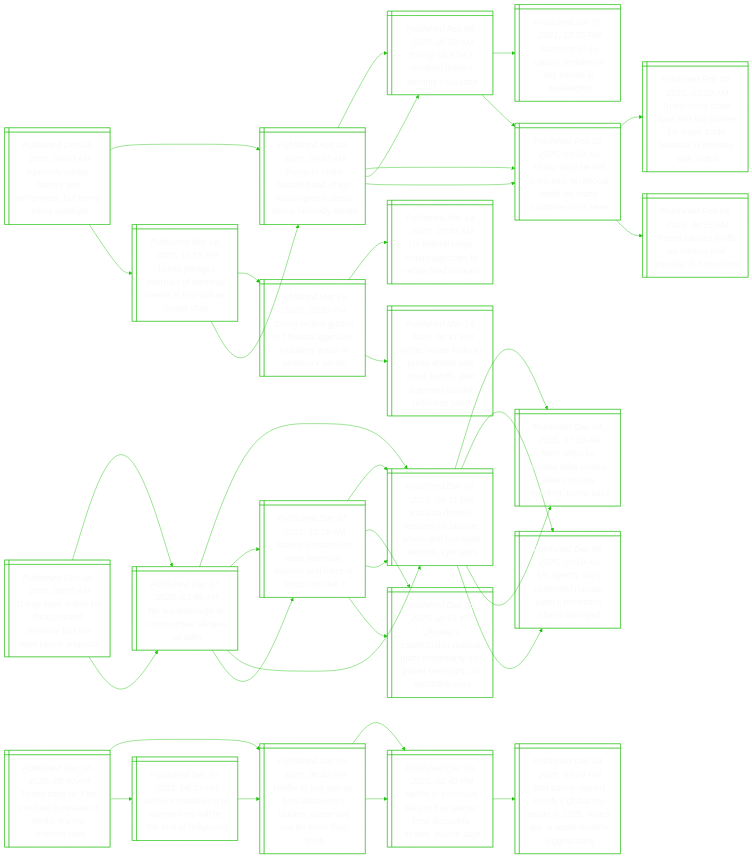
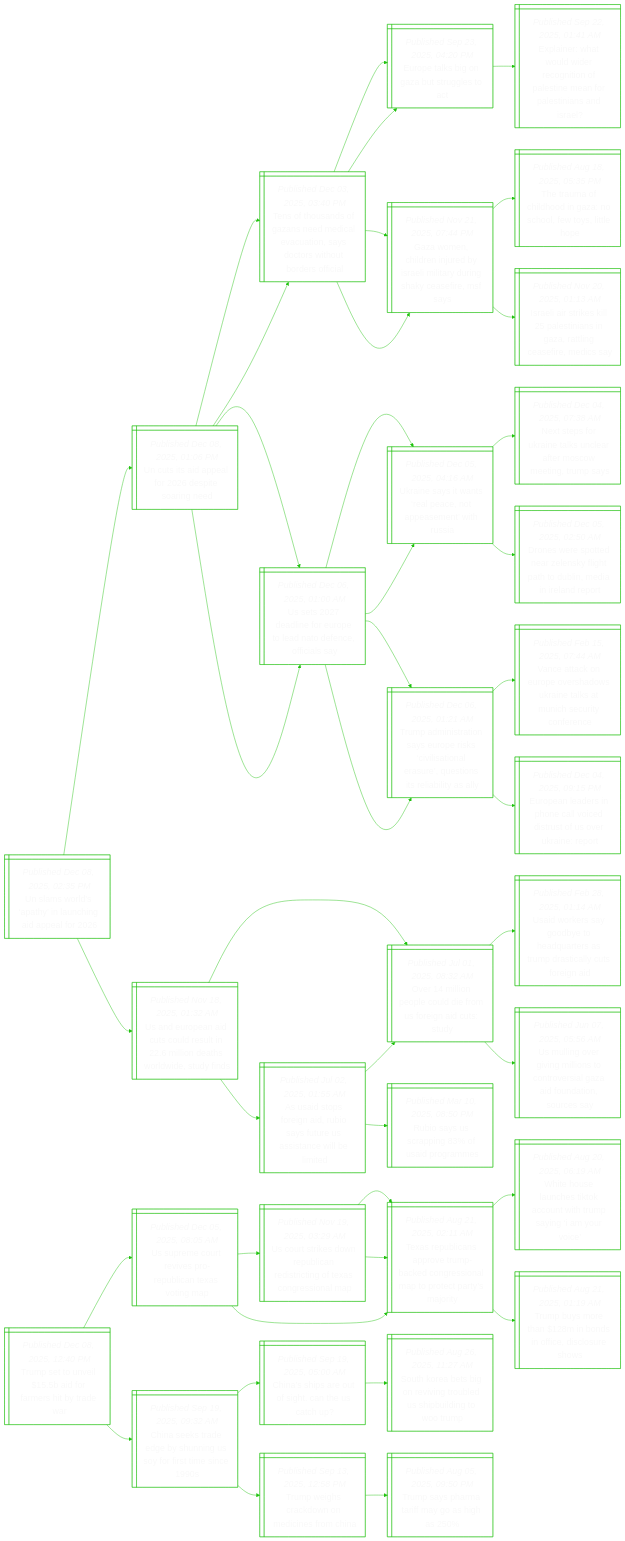
Before and after one commit to notJmes/notJmes: the diagram in README.md, drawn with Mermaid. The commit also changed other lines of this file, not shown here.

````diff
--- a/README.md
+++ b/README.md
@@ -16,118 +16,133 @@
 flowchart LR
 classDef txtsize font-size:20px;
 
-Kdtneretpsl@{ shape: win-pane, label: "_Published Dec 08, 2025, 09:00 AM_
-Kennedy center honors fete performers, but trump takes spotlight" }
-TteeaohotvKdt@{ shape: win-pane, label: "_Published Feb 08, 2025, 09:30 AM_
-Trump to make himself head of top washington cultural venue kennedy centre" }
-TseoBsrln@{ shape: win-pane, label: "_Published Feb 08, 2025, 08:39 AM_
-Trump says he’s revoking biden’s security clearance" }
-SiUiinenWn@{ shape: win-pane, label: "_Published Jan 07, 2021, 12:55 PM_
-Storming of us capitol: timeline of key events in washington" }
-Tseanccroytne@{ shape: win-pane, label: "_Published Feb 08, 2025, 01:34 AM_
-Trump says he will announce reciprocal tariffs on many countries next week" }
-Tseanccroytne@{ shape: win-pane, label: "_Published Feb 08, 2025, 01:34 AM_
-Trump says he will announce reciprocal tariffs on many countries next week" }
-TtcJtuhrtbcegIa@{ shape: win-pane, label: "_Published Feb 08, 2025, 03:00 AM_
-Trump touts close japan ties but pushes for ‘even’ trade balance in meeting with ishiba" }
-TpsfMoabta@{ shape: win-pane, label: "_Published Feb 04, 2025, 08:15 AM_
-Trump pauses tariffs on mexico and canada, but not china" }
-Tperoneisioh@{ shape: win-pane, label: "_Published Mar 18, 2025, 12:15 PM_
-Trump pledges overhaul of kennedy centre in first visit as board chair" }
-Tosifanidofia@{ shape: win-pane, label: "_Published Mar 15, 2025, 02:30 PM_
-Trump orders gutting of 7 federal agencies, including voice of america’s parent" }
-Ueurairede@{ shape: win-pane, label: "_Published Mar 14, 2025, 03:36 AM_
-Us federal judge orders agencies to rehire fired workers" }
-WHltsahlfenstcp@{ shape: win-pane, label: "_Published Mar 14, 2025, 06:31 PM_
-White house looks to press ahead with mass layoffs after agencies submit reduction plans" }
-TteeaohotvKdt@{ shape: win-pane, label: "_Published Feb 08, 2025, 09:30 AM_
-Trump to make himself head of top washington cultural venue kennedy centre" }
-TseoBsrln@{ shape: win-pane, label: "_Published Feb 08, 2025, 08:39 AM_
-Trump says he’s revoking biden’s security clearance" }
-Tseanccroytne@{ shape: win-pane, label: "_Published Feb 08, 2025, 01:34 AM_
-Trump says he will announce reciprocal tariffs on many countries next week" }
+Umlancapo@{ shape: win-pane, label: "_Published Dec 08, 2025, 02:35 PM_
+Un slams world’s ‘apathy’ in launching aid appeal for 2026" }
+Usierian@{ shape: win-pane, label: "_Published Dec 08, 2025, 01:06 PM_
+Un cuts its aid appeal for 2026 despite soaring need" }
+TfsoaeivtacWudfa@{ shape: win-pane, label: "_Published Dec 03, 2025, 03:40 PM_
+Tens of thousands of gazans need medical evacuation, says doctors without borders official" }
+Eesnbrec@{ shape: win-pane, label: "_Published Sep 23, 2025, 04:20 PM_
+Europe talks big on gaza but struggles to act" }
+Goheuyelynksea@{ shape: win-pane, label: "_Published Nov 21, 2025, 07:44 PM_
+Gaza women, children injured by israeli military during shaky ceasefire, msf says" }
+UsloolAfoia@{ shape: win-pane, label: "_Published Dec 06, 2025, 01:00 AM_
+Us sets 2027 deadline for europe to lead nato defence, officials say" }
+UnsnacastRa@{ shape: win-pane, label: "_Published Dec 05, 2025, 04:16 AM_
+Ukraine says it wants ‘real peace, not appeasement’ with russia" }
+Taitariisnaqitiia@{ shape: win-pane, label: "_Published Dec 06, 2025, 01:21 AM_
+Trump administration says europe risks ‘civilisational erasure’, questions its reliability as ally" }
+UEedcrtldsdsf@{ shape: win-pane, label: "_Published Nov 18, 2025, 01:32 AM_
+Us and european aid cuts could result in 22.6 million deaths worldwide, study finds" }
+OinllfSidS@{ shape: win-pane, label: "_Published Jul 01, 2025, 08:32 AM_
+Over 14 million people could die from us foreign aid cuts: study" }
+Uwrgyeasuaaura@{ shape: win-pane, label: "_Published Feb 28, 2025, 01:14 AM_
+Usaid workers say goodbye to headquarters as trump drastically cuts foreign aid" }
+Ulvvinovaaotos@{ shape: win-pane, label: "_Published Jun 07, 2025, 05:56 AM_
+Us mulling over giving millions to controversial gaza aid foundation, sources say" }
+Aipeiisrsaile@{ shape: win-pane, label: "_Published Jul 02, 2025, 01:55 AM_
+As usaid stops foreign aid, rubio says future us assistance will be limited" }
+RsSpoige@{ shape: win-pane, label: "_Published Mar 10, 2025, 08:50 PM_
+Rubio says us scrapping 83% of usaid programmes" }
+OinllfSidS@{ shape: win-pane, label: "_Published Jul 01, 2025, 08:32 AM_
+Over 14 million people could die from us foreign aid cuts: study" }
 
-Kdtneretpsl:::txtsize --> TteeaohotvKdt:::txtsize
-TteeaohotvKdt:::txtsize --> TseoBsrln:::txtsize
-TseoBsrln:::txtsize --> SiUiinenWn:::txtsize
-TseoBsrln:::txtsize --> Tseanccroytne:::txtsize
-TteeaohotvKdt:::txtsize --> Tseanccroytne:::txtsize
-Tseanccroytne:::txtsize --> TtcJtuhrtbcegIa:::txtsize
-Tseanccroytne:::txtsize --> TpsfMoabta:::txtsize
-Kdtneretpsl:::txtsize --> Tperoneisioh:::txtsize
-Tperoneisioh:::txtsize --> Tosifanidofia:::txtsize
-Tosifanidofia:::txtsize --> Ueurairede:::txtsize
-Tosifanidofia:::txtsize --> WHltsahlfenstcp:::txtsize
-Tperoneisioh:::txtsize --> TteeaohotvKdt:::txtsize
-TteeaohotvKdt:::txtsize --> TseoBsrln:::txtsize
-TteeaohotvKdt:::txtsize --> Tseanccroytne:::txtsize
+Umlancapo:::txtsize --> Usierian:::txtsize
+Usierian:::txtsize --> TfsoaeivtacWudfa:::txtsize
+TfsoaeivtacWudfa:::txtsize --> Eesnbrec:::txtsize
+TfsoaeivtacWudfa:::txtsize --> Goheuyelynksea:::txtsize
+Usierian:::txtsize --> UsloolAfoia:::txtsize
+UsloolAfoia:::txtsize --> UnsnacastRa:::txtsize
+UsloolAfoia:::txtsize --> Taitariisnaqitiia:::txtsize
+Umlancapo:::txtsize --> UEedcrtldsdsf:::txtsize
+UEedcrtldsdsf:::txtsize --> OinllfSidS:::txtsize
+OinllfSidS:::txtsize --> Uwrgyeasuaaura:::txtsize
+OinllfSidS:::txtsize --> Ulvvinovaaotos:::txtsize
+UEedcrtldsdsf:::txtsize --> Aipeiisrsaile:::txtsize
+Aipeiisrsaile:::txtsize --> RsSpoige:::txtsize
+Aipeiisrsaile:::txtsize --> OinllfSidS:::txtsize
 
-Tsleiodnarera@{ shape: win-pane, label: "_Published Dec 08, 2025, 08:55 AM_
-Trump says ‘a little bit disappointed’ zelensky has not read peace proposal" }
-NaottirUk@{ shape: win-pane, label: "_Published Dec 07, 2025, 03:48 AM_
-No breakthrough at ‘constructive’ ukraine-us talks" }
-RansskerrocKa@{ shape: win-pane, label: "_Published Dec 06, 2025, 09:11 PM_
-Russian drones, missiles hit ukraine power and transport sectors, kyiv says" }
+Usierian@{ shape: win-pane, label: "_Published Dec 08, 2025, 01:06 PM_
+Un cuts its aid appeal for 2026 despite soaring need" }
+TfsoaeivtacWudfa@{ shape: win-pane, label: "_Published Dec 03, 2025, 03:40 PM_
+Tens of thousands of gazans need medical evacuation, says doctors without borders official" }
+Eesnbrec@{ shape: win-pane, label: "_Published Sep 23, 2025, 04:20 PM_
+Europe talks big on gaza but struggles to act" }
+Eihudctfsmoeina@{ shape: win-pane, label: "_Published Sep 22, 2025, 01:41 AM_
+Explainer: what would wider recognition of palestine mean for palestinians and israel?" }
+Goheuyelynksea@{ shape: win-pane, label: "_Published Nov 21, 2025, 07:44 PM_
+Gaza women, children injured by israeli military during shaky ceasefire, msf says" }
+Tafdiahesle@{ shape: win-pane, label: "_Published Aug 18, 2025, 05:35 PM_
+The trauma of childhood in gaza: no school, few toys, little hope" }
+IlselsaGansec@{ shape: win-pane, label: "_Published Nov 20, 2025, 01:13 AM_
+Israeli air strikes kill 25 palestinians in gaza, rattling ceasefire, medics say" }
+UsloolAfoia@{ shape: win-pane, label: "_Published Dec 06, 2025, 01:00 AM_
+Us sets 2027 deadline for europe to lead nato defence, officials say" }
+UnsnacastRa@{ shape: win-pane, label: "_Published Dec 05, 2025, 04:16 AM_
+Ukraine says it wants ‘real peace, not appeasement’ with russia" }
 Ntoaanrrotra@{ shape: win-pane, label: "_Published Dec 04, 2025, 07:38 AM_
 Next steps for ukraine talks unclear after moscow meeting, trump says" }
-Unyrlearthde@{ shape: win-pane, label: "_Published Dec 06, 2025, 10:16 AM_
-Un agency says chornobyl nuclear plant’s protective shield damaged" }
-Fermekrnznn@{ shape: win-pane, label: "_Published Dec 07, 2025, 12:16 AM_
-France’s macron to meet zelensky, starmer and merz in london on dec 8" }
-RansskerrocKa@{ shape: win-pane, label: "_Published Dec 06, 2025, 09:11 PM_
-Russian drones, missiles hit ukraine power and transport sectors, kyiv says" }
-Unphnanpiserttg@{ shape: win-pane, label: "_Published Dec 06, 2025, 08:01 PM_
-Ukraine’s zaporizhzhia nuclear plant temporarily lost power overnight, un watchdog says" }
-NaottirUk@{ shape: win-pane, label: "_Published Dec 07, 2025, 03:48 AM_
-No breakthrough at ‘constructive’ ukraine-us talks" }
-RansskerrocKa@{ shape: win-pane, label: "_Published Dec 06, 2025, 09:11 PM_
-Russian drones, missiles hit ukraine power and transport sectors, kyiv says" }
-Ntoaanrrotra@{ shape: win-pane, label: "_Published Dec 04, 2025, 07:38 AM_
-Next steps for ukraine talks unclear after moscow meeting, trump says" }
-Unyrlearthde@{ shape: win-pane, label: "_Published Dec 06, 2025, 10:16 AM_
-Un agency says chornobyl nuclear plant’s protective shield damaged" }
-Fermekrnznn@{ shape: win-pane, label: "_Published Dec 07, 2025, 12:16 AM_
-France’s macron to meet zelensky, starmer and merz in london on dec 8" }
-RansskerrocKa@{ shape: win-pane, label: "_Published Dec 06, 2025, 09:11 PM_
-Russian drones, missiles hit ukraine power and transport sectors, kyiv says" }
-Unphnanpiserttg@{ shape: win-pane, label: "_Published Dec 06, 2025, 08:01 PM_
-Ukraine’s zaporizhzhia nuclear plant temporarily lost power overnight, un watchdog says" }
+Dssernlpoiirdr@{ shape: win-pane, label: "_Published Dec 05, 2025, 02:50 AM_
+Drones were spotted near zelensky flight path to dublin, media in ireland report" }
+Taitariisnaqitiia@{ shape: win-pane, label: "_Published Dec 06, 2025, 01:21 AM_
+Trump administration says europe risks ‘civilisational erasure’, questions its reliability as ally" }
+VakrvaUnkusinn@{ shape: win-pane, label: "_Published Feb 15, 2025, 07:44 AM_
+Vance attack on europe overshadows ukraine talks at munich security conference" }
+EeainletovrRt@{ shape: win-pane, label: "_Published Dec 04, 2025, 09:15 PM_
+European leaders in phone call voiced distrust of us over ukraine: report" }
 
-Tsleiodnarera:::txtsize --> NaottirUk:::txtsize
-NaottirUk:::txtsize --> RansskerrocKa:::txtsize
-RansskerrocKa:::txtsize --> Ntoaanrrotra:::txtsize
-RansskerrocKa:::txtsize --> Unyrlearthde:::txtsize
-NaottirUk:::txtsize --> Fermekrnznn:::txtsize
-Fermekrnznn:::txtsize --> RansskerrocKa:::txtsize
-Fermekrnznn:::txtsize --> Unphnanpiserttg:::txtsize
-Tsleiodnarera:::txtsize --> NaottirUk:::txtsize
-NaottirUk:::txtsize --> RansskerrocKa:::txtsize
-RansskerrocKa:::txtsize --> Ntoaanrrotra:::txtsize
-RansskerrocKa:::txtsize --> Unyrlearthde:::txtsize
-NaottirUk:::txtsize --> Fermekrnznn:::txtsize
-Fermekrnznn:::txtsize --> RansskerrocKa:::txtsize
-Fermekrnznn:::txtsize --> Unphnanpiserttg:::txtsize
+Usierian:::txtsize --> TfsoaeivtacWudfa:::txtsize
+TfsoaeivtacWudfa:::txtsize --> Eesnbrec:::txtsize
+Eesnbrec:::txtsize --> Eihudctfsmoeina:::txtsize
+TfsoaeivtacWudfa:::txtsize --> Goheuyelynksea:::txtsize
+Goheuyelynksea:::txtsize --> Tafdiahesle:::txtsize
+Goheuyelynksea:::txtsize --> IlselsaGansec:::txtsize
+Usierian:::txtsize --> UsloolAfoia:::txtsize
+UsloolAfoia:::txtsize --> UnsnacastRa:::txtsize
+UnsnacastRa:::txtsize --> Ntoaanrrotra:::txtsize
+UnsnacastRa:::txtsize --> Dssernlpoiirdr:::txtsize
+UsloolAfoia:::txtsize --> Taitariisnaqitiia:::txtsize
+Taitariisnaqitiia:::txtsize --> VakrvaUnkusinn:::txtsize
+Taitariisnaqitiia:::txtsize --> EeainletovrRt:::txtsize
 
-TseivrwtWrhe@{ shape: win-pane, label: "_Published Dec 08, 2025, 08:40 AM_
-Trump says he’ll be involved in review of netflix-warner brothers deal" }
-Niunocydtiimh@{ shape: win-pane, label: "_Published Dec 05, 2025, 08:40 PM_
-Netflix to buy warner bros discovery’s studios, streaming unit for more than $93b" }
-Nixilbrrsreua@{ shape: win-pane, label: "_Published Dec 05, 2025, 02:40 PM_
-Netflix in exclusive talks to buy warner bros discovery assets, source says" }
-BnmosaAtoppubsg@{ shape: win-pane, label: "_Published Dec 04, 2025, 02:29 PM_
-Bad bunny named spotify’s global top artiste in 2025, rose’s apt. is apple music’s biggest song" }
-NiaiWrwenoo@{ shape: win-pane, label: "_Published Dec 07, 2025, 06:20 PM_
-Netflix’s swallowing of warner bros will be the end of hollywood" }
-Niunocydtiimh@{ shape: win-pane, label: "_Published Dec 05, 2025, 08:40 PM_
-Netflix to buy warner bros discovery’s studios, streaming unit for more than $93b" }
-Nixilbrrsreua@{ shape: win-pane, label: "_Published Dec 05, 2025, 02:40 PM_
-Netflix in exclusive talks to buy warner bros discovery assets, source says" }
+Tsulfrhtw@{ shape: win-pane, label: "_Published Dec 08, 2025, 12:40 PM_
+Trump set to unveil $15.5b aid for farmers hit by trade war" }
+Uroeseieom@{ shape: win-pane, label: "_Published Dec 05, 2025, 08:05 AM_
+Us supreme court revives pro-republican texas voting map" }
+Uriopcdigxnsl@{ shape: win-pane, label: "_Published Nov 19, 2025, 03:29 AM_
+Us court strikes down republican redistricting of texas congressional map" }
+TRlsoucosattami@{ shape: win-pane, label: "_Published Aug 21, 2025, 02:11 AM_
+Texas republicans approve trump-backed congressional map to protect party’s majority" }
+TRlsoucosattami@{ shape: win-pane, label: "_Published Aug 21, 2025, 02:11 AM_
+Texas republicans approve trump-backed congressional map to protect party’s majority" }
+TRlsoucosattami@{ shape: win-pane, label: "_Published Aug 21, 2025, 02:11 AM_
+Texas republicans approve trump-backed congressional map to protect party’s majority" }
+WHlhkctTsgoi@{ shape: win-pane, label: "_Published Aug 20, 2025, 06:19 AM_
+White house launches tiktok account with trump saying ‘i am your voice’" }
+Tboabiisuo@{ shape: win-pane, label: "_Published Aug 21, 2025, 01:19 AM_
+Trump buys more than $128m in bonds in office, disclosure shows" }
+CsteynSosee@{ shape: win-pane, label: "_Published Sep 19, 2025, 09:32 AM_
+China seeks trade edge by shunning us soy for first time since 1990s" }
+CssuiaUc@{ shape: win-pane, label: "_Published Sep 19, 2025, 05:00 AM_
+China’s ships are out of sight. can the us catch up?" }
+SKbienuUpdor@{ shape: win-pane, label: "_Published Aug 26, 2025, 11:27 AM_
+South korea bets big on reviving troubled us shipbuilding to woo trump" }
+TwskoisC@{ shape: win-pane, label: "_Published Sep 13, 2025, 12:58 PM_
+Trump weighs crackdown on medicines from china" }
+Tshtfog@{ shape: win-pane, label: "_Published Aug 05, 2025, 09:50 PM_
+Trump says pharma tariff may go as high as 250%" }
 
-TseivrwtWrhe:::txtsize --> Niunocydtiimh:::txtsize
-Niunocydtiimh:::txtsize --> Nixilbrrsreua:::txtsize
-Nixilbrrsreua:::txtsize --> BnmosaAtoppubsg:::txtsize
-TseivrwtWrhe:::txtsize --> NiaiWrwenoo:::txtsize
-NiaiWrwenoo:::txtsize --> Niunocydtiimh:::txtsize
-Niunocydtiimh:::txtsize --> Nixilbrrsreua:::txtsize
+Tsulfrhtw:::txtsize --> Uroeseieom:::txtsize
+Uroeseieom:::txtsize --> Uriopcdigxnsl:::txtsize
+Uriopcdigxnsl:::txtsize --> TRlsoucosattami:::txtsize
+Uriopcdigxnsl:::txtsize --> TRlsoucosattami:::txtsize
+Uroeseieom:::txtsize --> TRlsoucosattami:::txtsize
+TRlsoucosattami:::txtsize --> WHlhkctTsgoi:::txtsize
+TRlsoucosattami:::txtsize --> Tboabiisuo:::txtsize
+Tsulfrhtw:::txtsize --> CsteynSosee:::txtsize
+CsteynSosee:::txtsize --> CssuiaUc:::txtsize
+CssuiaUc:::txtsize --> SKbienuUpdor:::txtsize
+CsteynSosee:::txtsize --> TwskoisC:::txtsize
+TwskoisC:::txtsize --> Tshtfog:::txtsize
 
 ```
````
